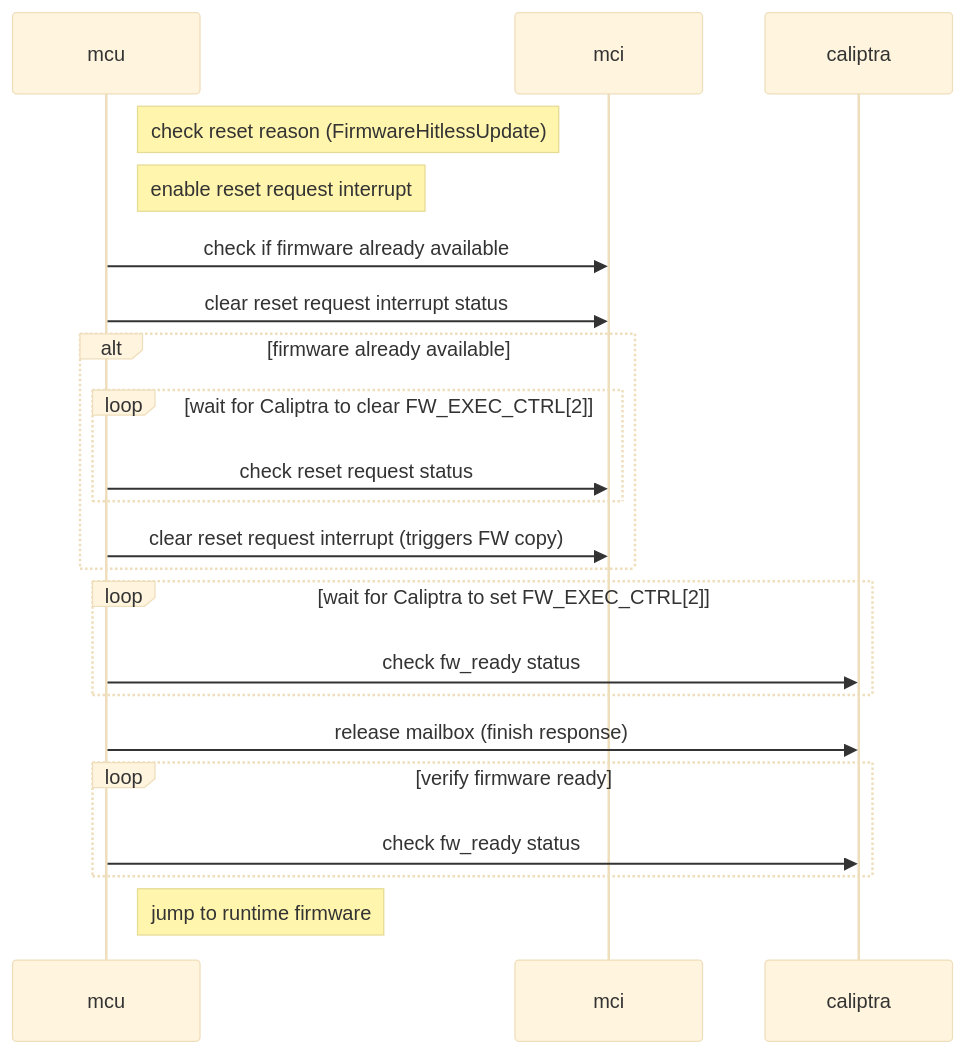
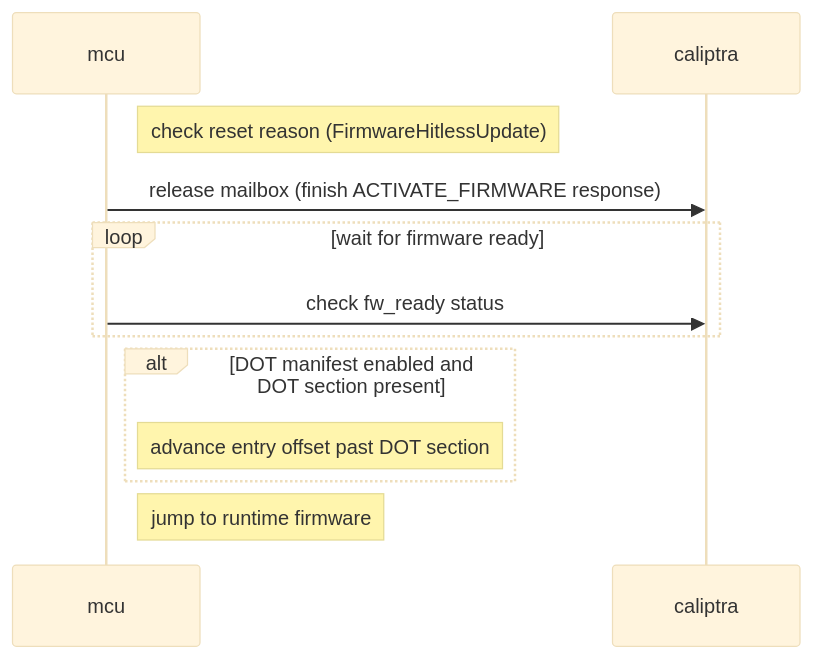
The third of 4 diagrams in docs/src/rom.md (chipsalliance/caliptra-mcu-sw), drawn with Mermaid (base theme) before and after one commit. The commit also changed other lines of this file, not shown here.

First line of the commit message:
docs: Update warm reset, fw boot reset docs (#1277)

````diff
--- a/docs/src/rom.md
+++ b/docs/src/rom.md
@@ -171,21 +174,12 @@
 ```mermaid
 sequenceDiagram
     note right of mcu: check reset reason (FirmwareHitlessUpdate)
-    note right of mcu: enable reset request interrupt
-    mcu->>mci: check if firmware already available
-    mcu->>mci: clear reset request interrupt status
-    alt firmware already available
-        loop wait for Caliptra to clear FW_EXEC_CTRL[2]
-            mcu->>mci: check reset request status
-        end
-        mcu->>mci: clear reset request interrupt (triggers FW copy)
-    end
-    loop wait for Caliptra to set FW_EXEC_CTRL[2]
+    mcu->>caliptra: release mailbox (finish ACTIVATE_FIRMWARE response)
+    loop wait for firmware ready
         mcu->>caliptra: check fw_ready status
     end
-    mcu->>caliptra: release mailbox (finish response)
-    loop verify firmware ready
-        mcu->>caliptra: check fw_ready status
+    alt DOT manifest enabled and DOT section present
+        note right of mcu: advance entry offset past DOT section
     end
     note right of mcu: jump to runtime firmware
 ```
````
